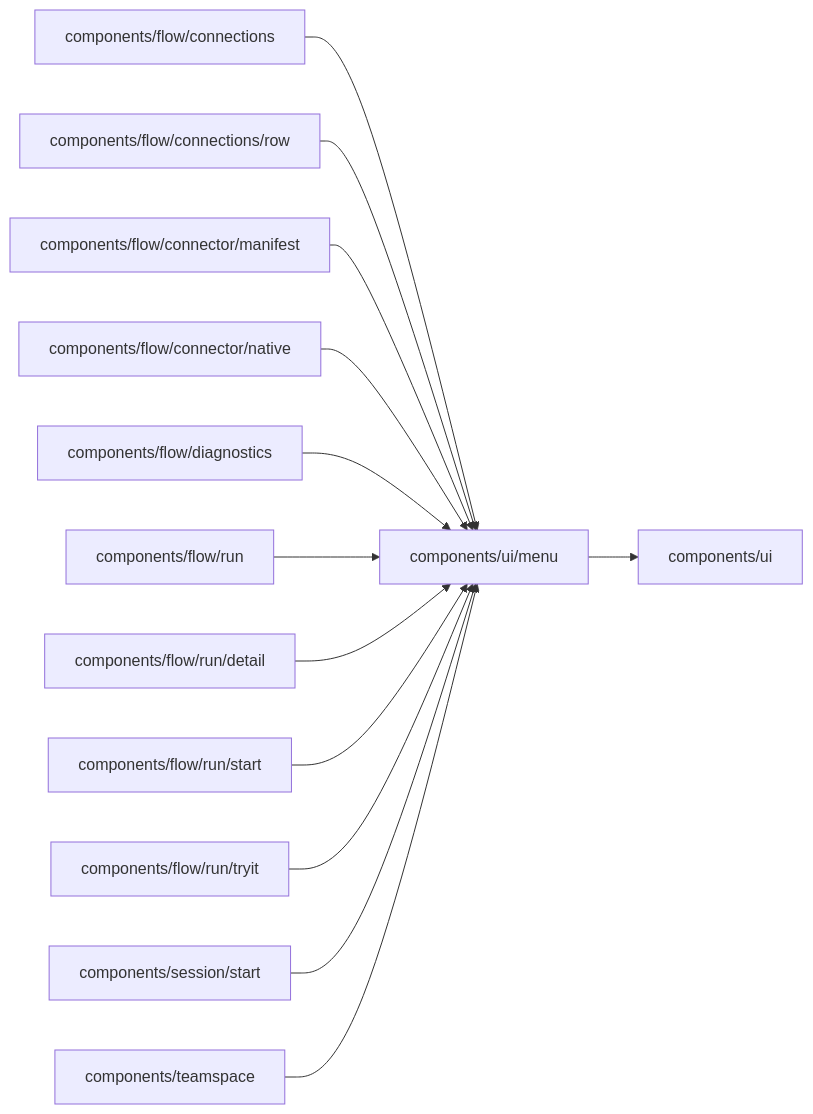
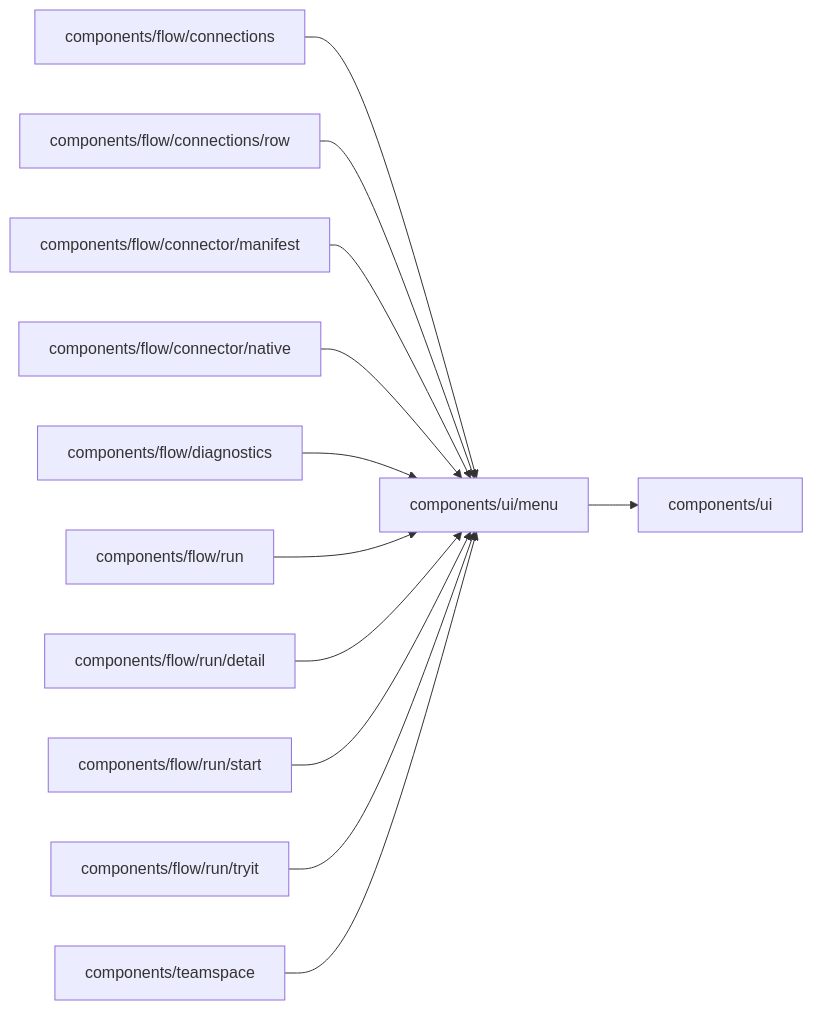
One commit to superdurable/superverse changed the diagram in web/studio/components/ui/menu/README.md. Above: the diagram before and after it, drawn with Mermaid. The commit also changed other lines of this file and 30 other files, not shown here.

````diff
--- a/web/studio/components/ui/menu/README.md
+++ b/web/studio/components/ui/menu/README.md
@@ -10,16 +10,15 @@
 ```mermaid
 flowchart LR
   self["components/ui/menu"]
   c0["components/flow/connections"] --> self
   c1["components/flow/connections/row"] --> self
   c2["components/flow/connector/manifest"] --> self
   c3["components/flow/connector/native"] --> self
   c4["components/flow/diagnostics"] --> self
   c5["components/flow/run"] --> self
   c6["components/flow/run/detail"] --> self
   c7["components/flow/run/start"] --> self
   c8["components/flow/run/tryit"] --> self
-  c9["components/session/start"] --> self
-  c10["components/teamspace"] --> self
+  c9["components/teamspace"] --> self
   self --> d0["components/ui"]
 ```
````
